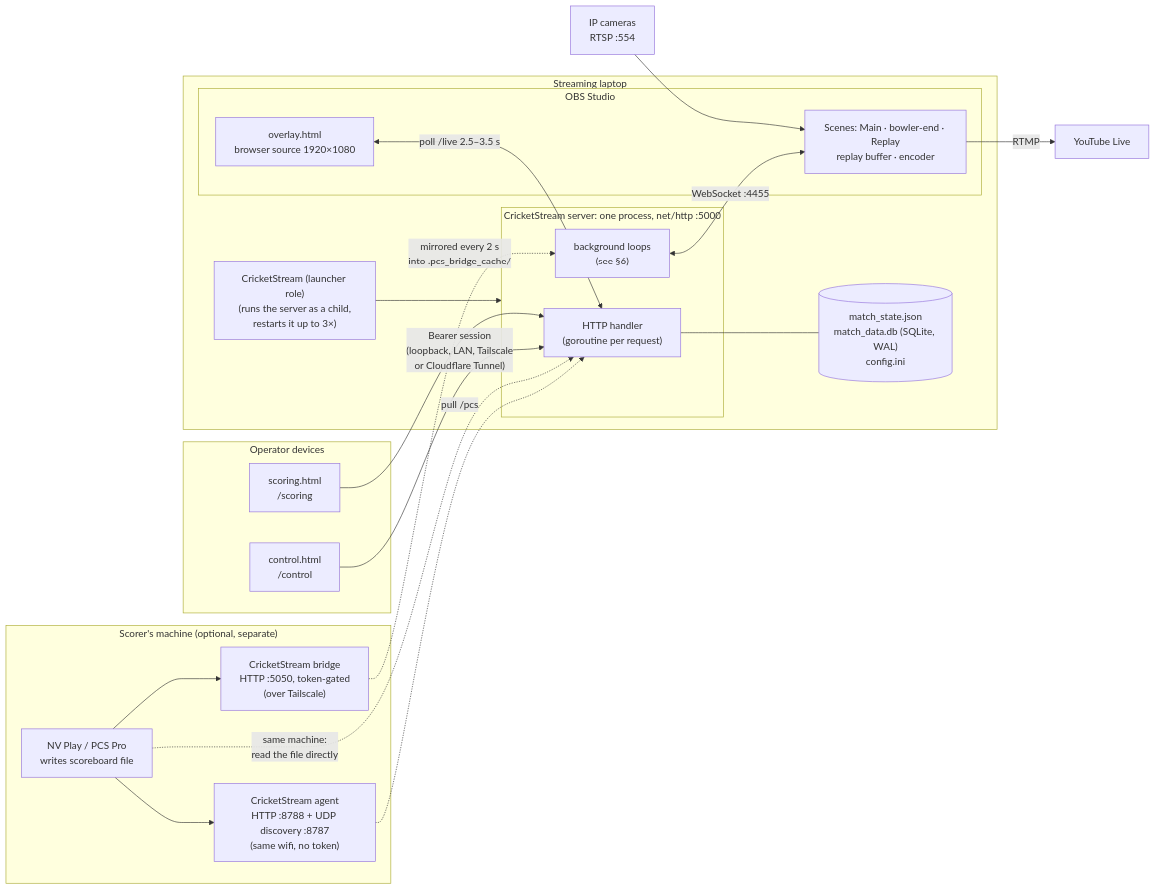
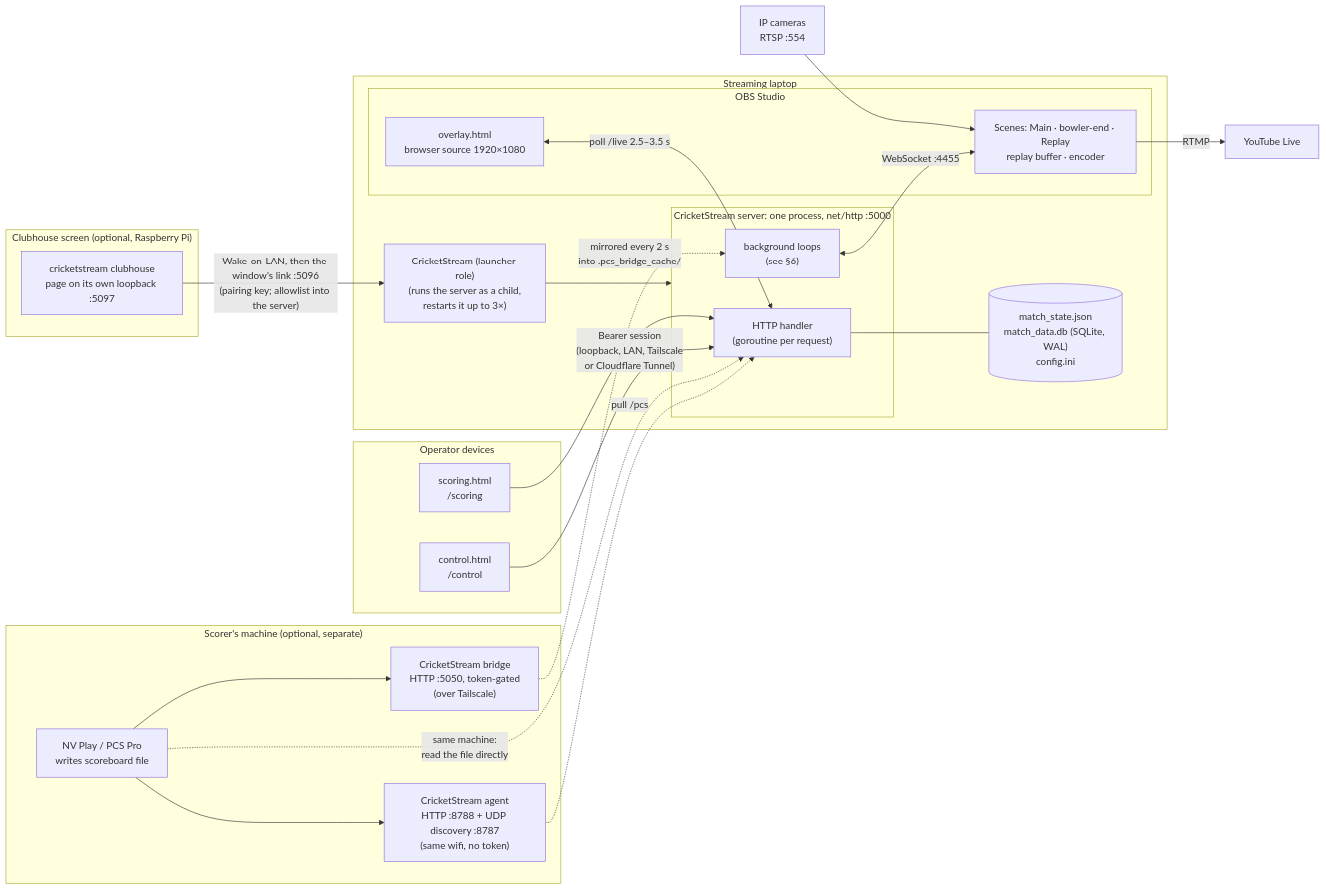
Before and after one commit to BridestoweBelstoneCC/Cricket-Live-Stream: the second of 8 diagrams in ARCHITECTURE.md, drawn with Mermaid. The commit also changed other lines of this file and 35 other files, not shown here.

````diff
--- a/ARCHITECTURE.md
+++ b/ARCHITECTURE.md
@@ -83,40 +83,45 @@
 ```mermaid
 flowchart LR
     subgraph SCORE["Scorer's machine (optional, separate)"]
         nv["NV Play / PCS Pro<br/>writes scoreboard file"]
         agent["CricketStream agent<br/>HTTP :8788 + UDP discovery :8787<br/>(same wifi, no token)"]
         bridge["CricketStream bridge<br/>HTTP :5050, token-gated<br/>(over Tailscale)"]
         nv --> agent
         nv --> bridge
     end
 
     subgraph STREAM["Streaming laptop"]
         launcher["CricketStream (launcher role)<br/>(runs the server as a child,<br/>restarts it up to 3×)"]
         subgraph PY["CricketStream server: one process, net/http :5000"]
             http["HTTP handler<br/>(goroutine per request)"]
             bg["background loops<br/>(see §6)"]
         end
         subgraph OBSBOX["OBS Studio"]
             ov["overlay.html<br/>browser source 1920×1080"]
             scenes["Scenes: Main · bowler-end · Replay<br/>replay buffer · encoder"]
         end
         files[("match_state.json<br/>match_data.db (SQLite, WAL)<br/>config.ini")]
         launcher --> PY
         ov <-->|"poll /live 2.5–3.5 s"| http
         bg <-->|"WebSocket :4455"| scenes
         http --- files
     end
 
     subgraph OPS["Operator devices"]
         panel["control.html<br/>/control"]
         phone["scoring.html<br/>/scoring"]
     end
 
+    subgraph PI["Clubhouse screen (optional, Raspberry Pi)"]
+        chscreen["cricketstream clubhouse<br/>page on its own loopback :5097"]
+    end
+
     cams["IP cameras<br/>RTSP :554"] --> scenes
     agent -. "pull /pcs" .-> http
     bridge -. "mirrored every 2 s<br/>into .pcs_bridge_cache/" .-> bg
     nv -. "same machine:<br/>read the file directly" .-> http
     panel -- "Bearer session<br/>(loopback, LAN, Tailscale<br/>or Cloudflare Tunnel)" --> http
     phone --> http
+    chscreen -- "Wake-on-LAN, then the window's link :5096<br/>(pairing key; allowlist into the server)" --> launcher
     scenes -- "RTMP" --> yt["YouTube Live"]
 ```
````
